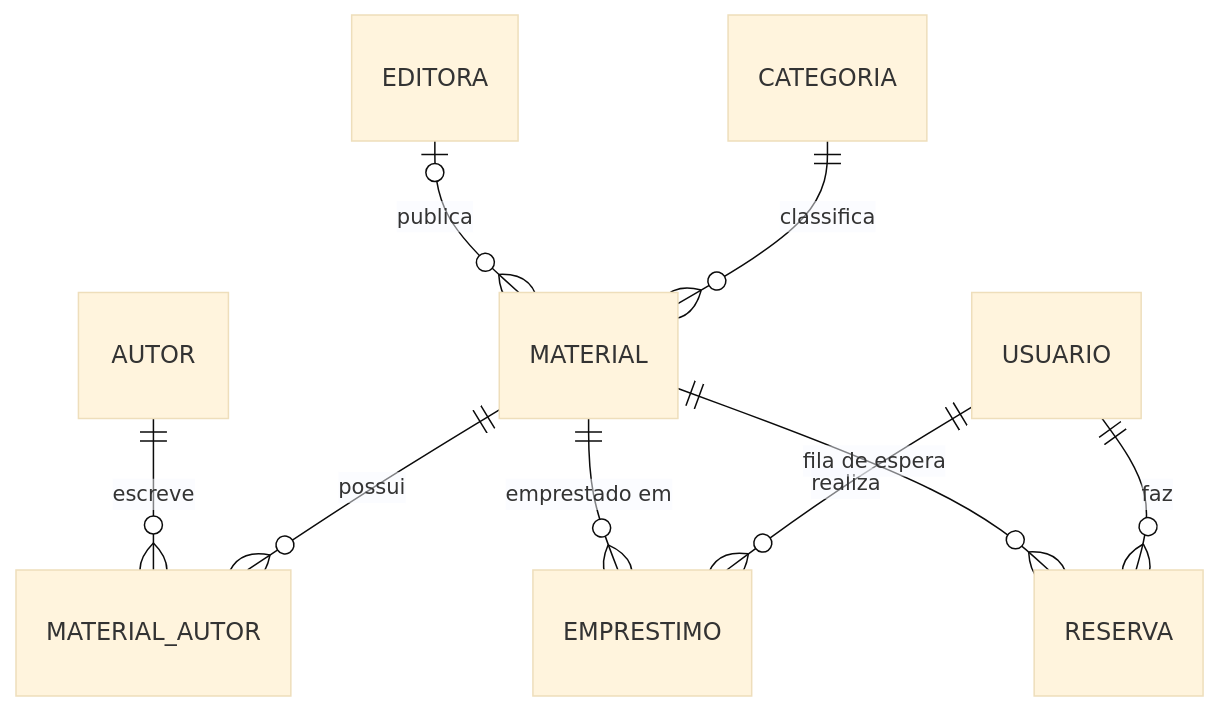
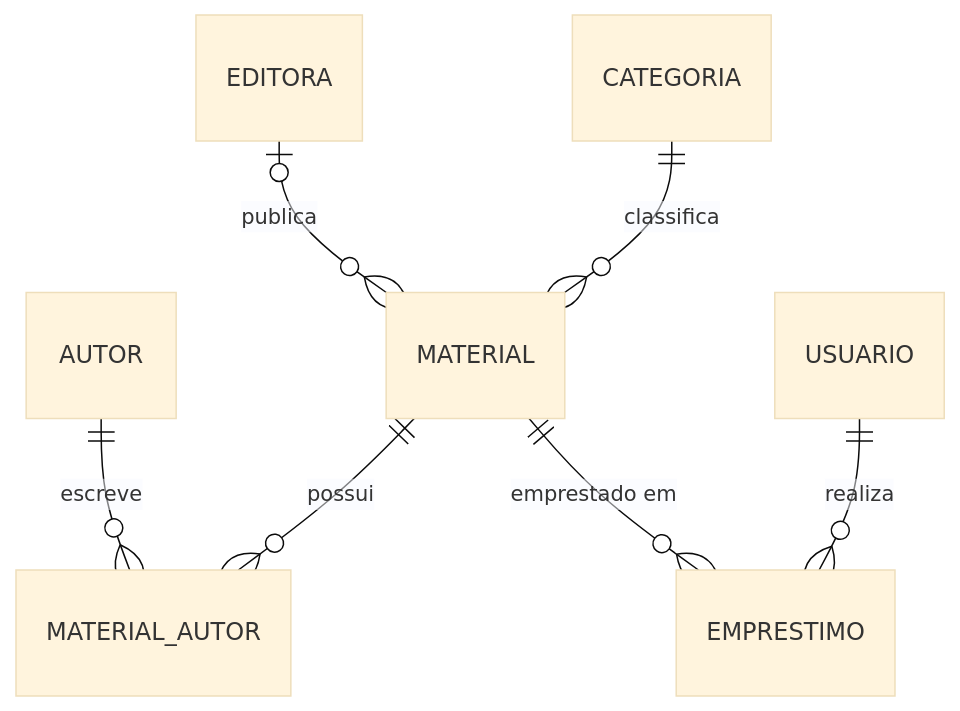
The diagram in docs/REQUISITOS.md (joaopmaia-code/biblioteca-virtual-api), drawn with Mermaid (base theme) before and after one commit. The commit also changed other lines of this file and 2 other files, not shown here.

Commit message:
docs: troca a fila pela recomendação personalizada e registra as sprints da Pessoa 1

````diff
--- a/docs/REQUISITOS.md
+++ b/docs/REQUISITOS.md
@@ -173,11 +169,9 @@
 ```mermaid
 erDiagram
     CATEGORIA ||--o{ MATERIAL : classifica
     EDITORA |o--o{ MATERIAL : publica
     MATERIAL ||--o{ MATERIAL_AUTOR : possui
     AUTOR ||--o{ MATERIAL_AUTOR : escreve
     USUARIO ||--o{ EMPRESTIMO : realiza
     MATERIAL ||--o{ EMPRESTIMO : "emprestado em"
-    USUARIO ||--o{ RESERVA : faz
-    MATERIAL ||--o{ RESERVA : "fila de espera"
 ```
````
